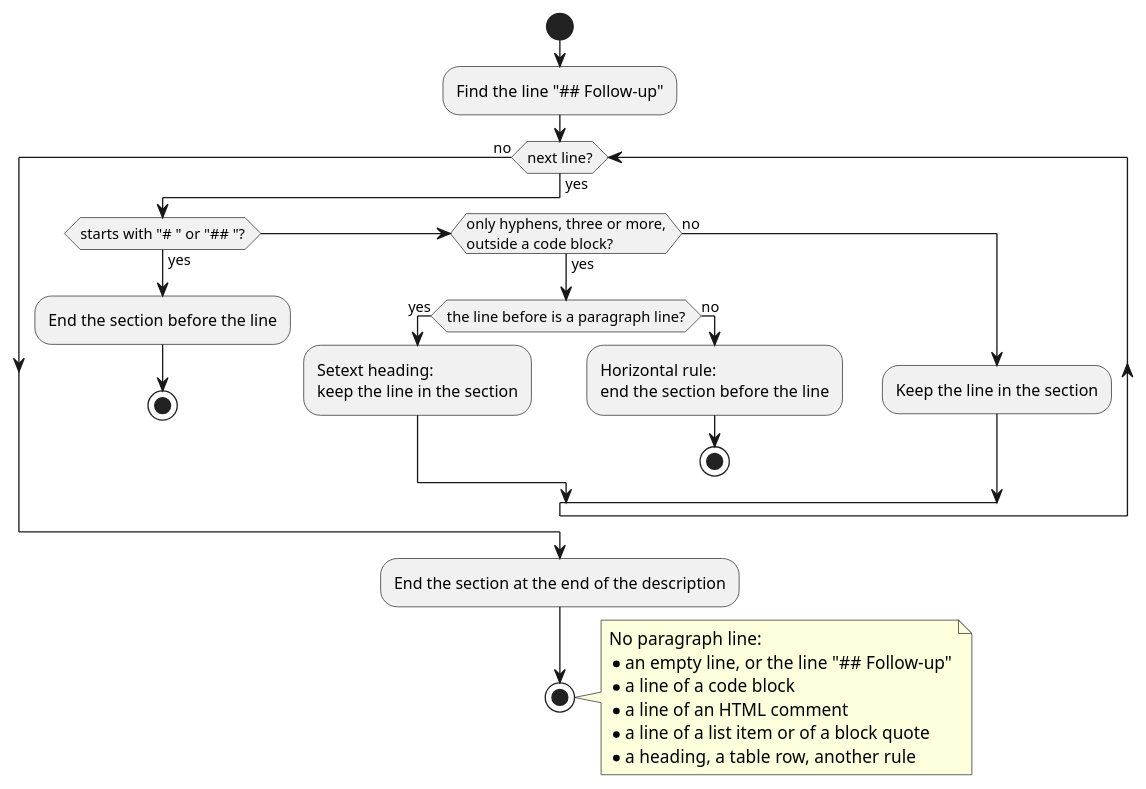
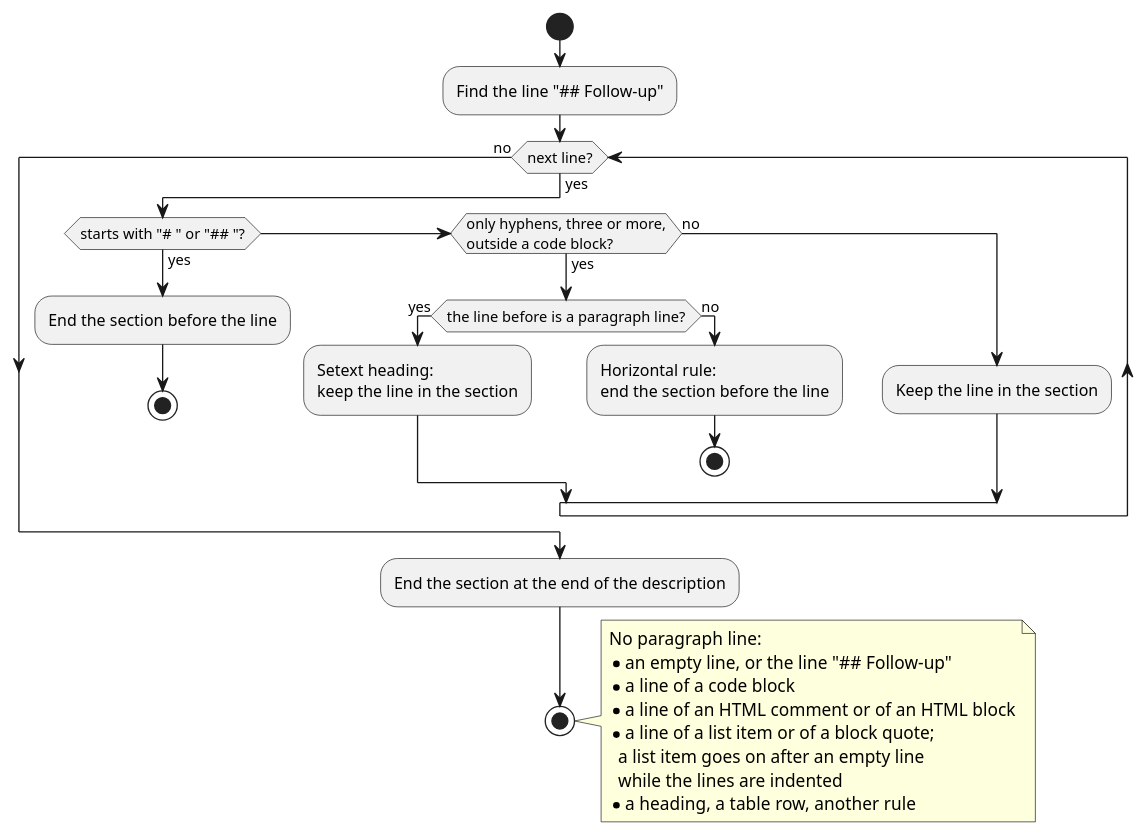
One commit to cloveclovedev/cumin-works changed the diagram in docs/ja/designs/poll-follow-up-section.puml. Above: the diagram before and after it, drawn with PlantUML. The commit also changed 4 other files, not shown here.

First line of the commit message:
fix(workflow): end the Follow-up section at a rule under a list item paragraph

```diff
--- a/docs/ja/designs/poll-follow-up-section.puml
+++ b/docs/ja/designs/poll-follow-up-section.puml
@@ -1,38 +1,40 @@
 @startuml poll-follow-up-section
 ' cumin works - where the "## Follow-up" section of a pull request description ends, for "write the follow-up note".
 ' Document: poll.md, section on the follow-up note.
 ' Render: run scripts/render-diagrams.sh at the root of the repository.
 skinparam shadowing false
 skinparam defaultFontName sans-serif
 
 start
 :Find the line "## Follow-up";
 while (next line?) is (yes)
   if (starts with "# " or "## "?) then (yes)
     :End the section before the line;
     stop
   elseif (only hyphens, three or more,\noutside a code block?) then (yes)
     if (the line before is a paragraph line?) then (yes)
       :Setext heading:
       keep the line in the section;
     else (no)
       :Horizontal rule:
       end the section before the line;
       stop
     endif
   else (no)
     :Keep the line in the section;
   endif
 endwhile (no)
 :End the section at the end of the description;
 stop
 
 note right
   No paragraph line:
   * an empty line, or the line "## Follow-up"
   * a line of a code block
-  * a line of an HTML comment
-  * a line of a list item or of a block quote
+  * a line of an HTML comment or of an HTML block
+  * a line of a list item or of a block quote;
+    a list item goes on after an empty line
+    while the lines are indented
   * a heading, a table row, another rule
 end note
 @enduml
```
